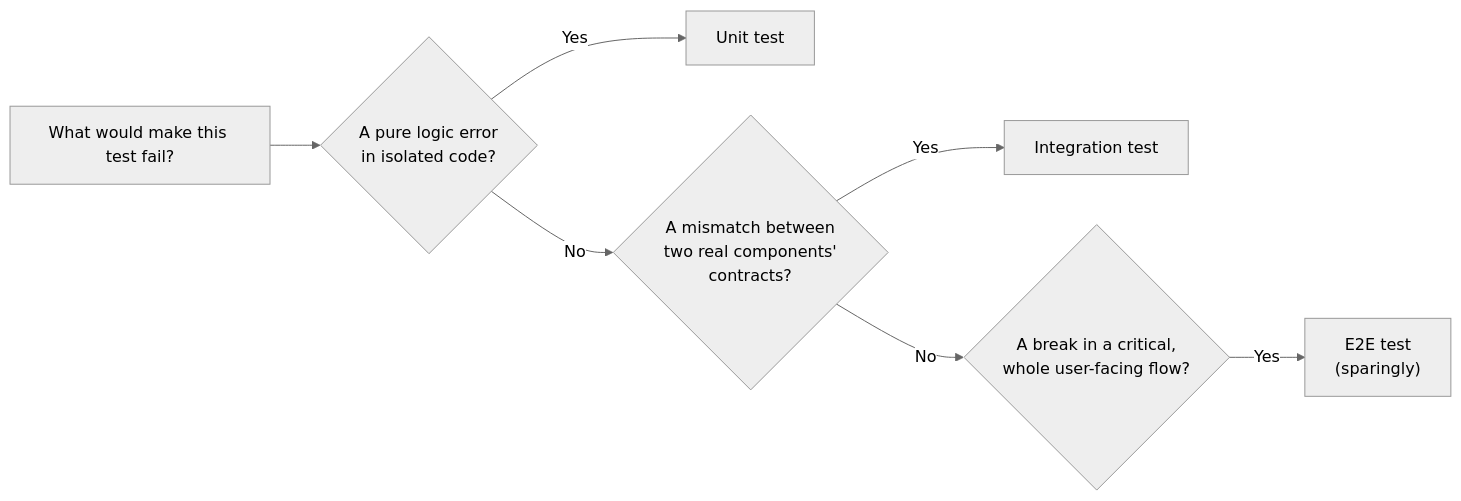
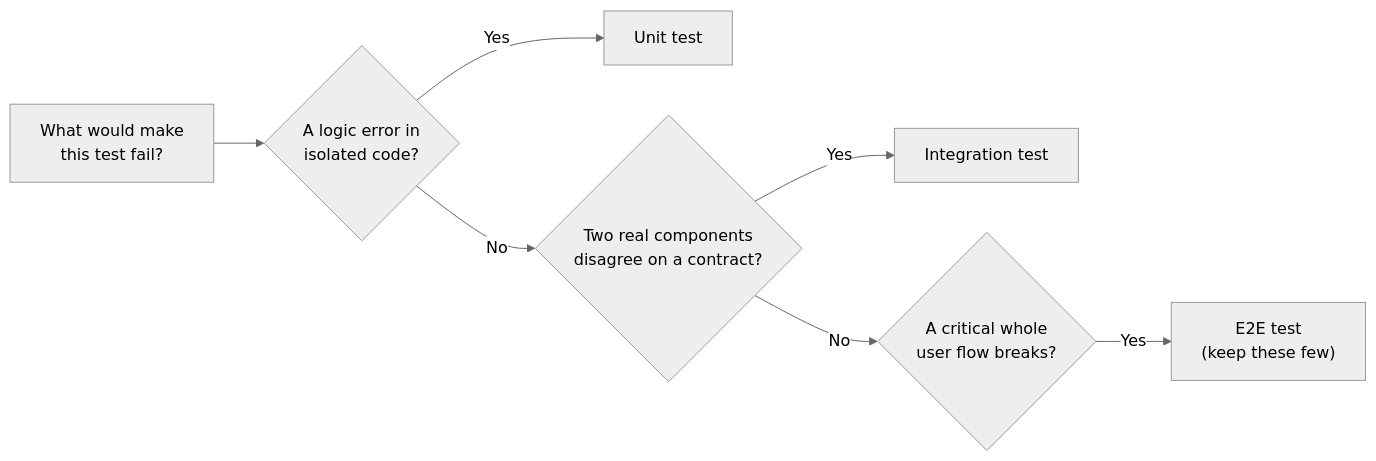
Before and after one commit to francoandreDev/knowledge: the second of 2 diagrams in src/content/testing-quality/test-pyramid/L2-concept.mdx, drawn with Mermaid (neutral theme). The commit also changed other lines of this file and 19 other files, not shown here.

````diff
--- a/src/content/testing-quality/test-pyramid/L2-concept.mdx
+++ b/src/content/testing-quality/test-pyramid/L2-concept.mdx
@@ -118,9 +122,9 @@
 ```mermaid
 flowchart LR
-    Q["What would make this test fail?"] --> A{"A pure logic error\nin isolated code?"}
+    Q["What would make<br/>this test fail?"] --> A{"A logic error in<br/>isolated code?"}
     A -- "Yes" --> Unit["Unit test"]
-    A -- "No" --> B{"A mismatch between\ntwo real components'\ncontracts?"}
+    A -- "No" --> B{"Two real components<br/>disagree on a contract?"}
     B -- "Yes" --> Integration["Integration test"]
-    B -- "No" --> C{"A break in a critical,\nwhole user-facing flow?"}
-    C -- "Yes" --> E2E["E2E test\n(sparingly)"]
+    B -- "No" --> C{"A critical whole<br/>user flow breaks?"}
+    C -- "Yes" --> E2E["E2E test<br/>(keep these few)"]
 ```
````
